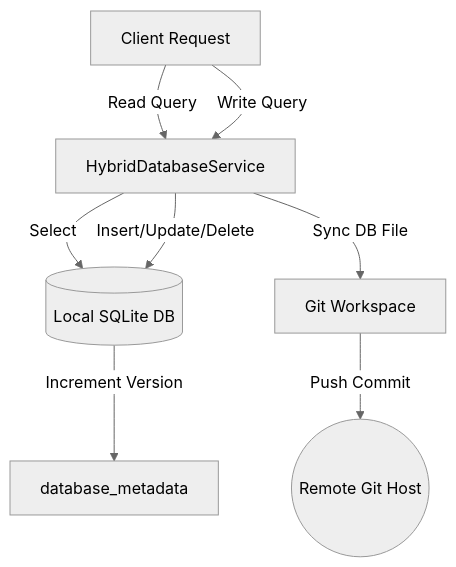
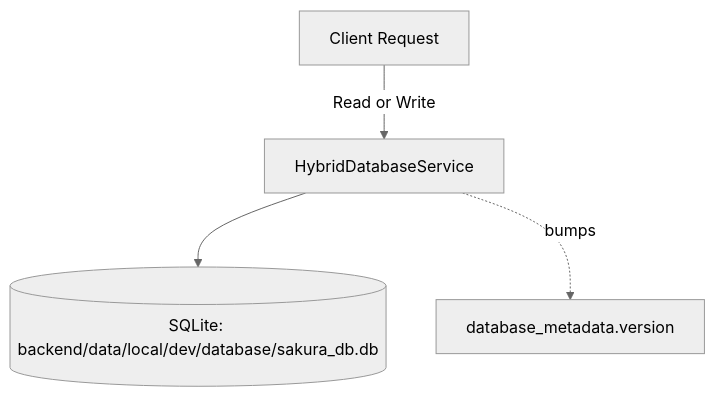
Before and after one commit to itsabhinnav/simple: the diagram in backend/AGENTS.md, drawn with Mermaid (neutral theme). The commit also changed other lines of this file and 48 other files, not shown here.

````diff
--- a/backend/AGENTS.md
+++ b/backend/AGENTS.md
@@ -32,10 +35,6 @@
 ```mermaid
 graph TD
-    Client[Client Request] -->|Read Query| Hybrid[HybridDatabaseService]
-    Client -->|Write Query| Hybrid
-    Hybrid -->|Select| LocalDB[(Local SQLite DB)]
-    Hybrid -->|Insert/Update/Delete| LocalDB
-    LocalDB -->|Increment Version| Metadata[database_metadata]
-    Hybrid -->|Sync DB File| GitRepo[Git Workspace]
-    GitRepo -->|Push Commit| RemoteGit((Remote Git Host))
+    Client[Client Request] -->|Read or Write| Hybrid[HybridDatabaseService]
+    Hybrid --> LocalDB[(SQLite: backend/data/local/dev/database/sakura_db.db)]
+    Hybrid -.bumps.-> Metadata[database_metadata.version]
 ```
````
